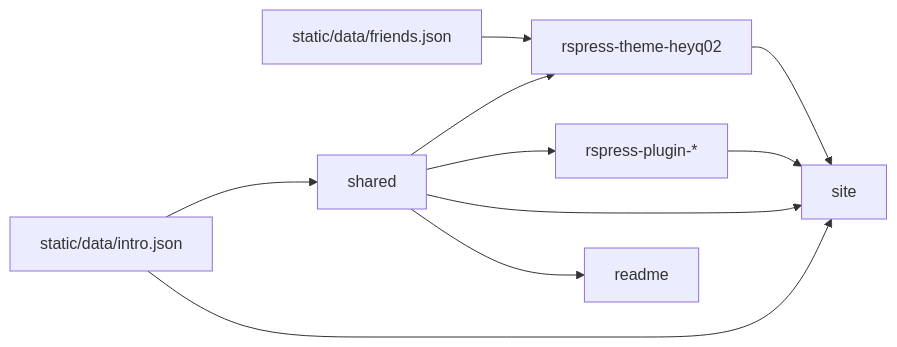
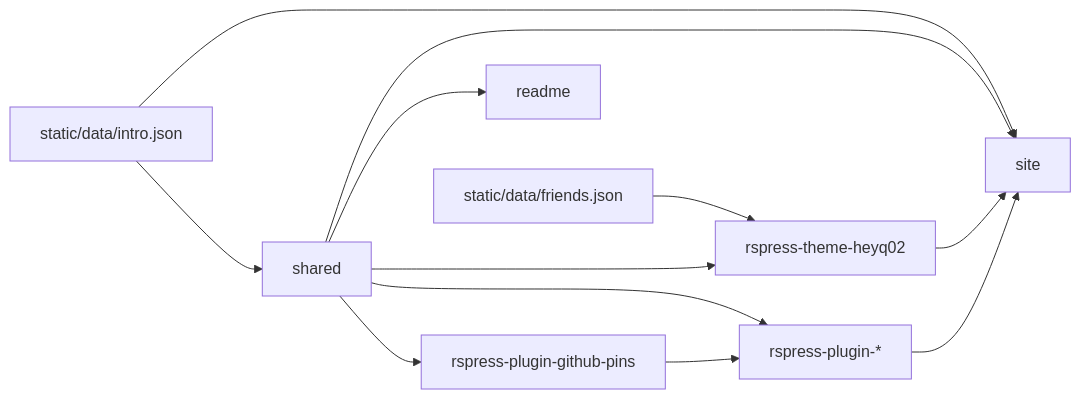
The diagram in architecture.md (heyq02/heyq02), drawn with Mermaid before and after one commit. The commit also changed other lines of this file and 40 other files, not shown here.

````diff
--- a/architecture.md
+++ b/architecture.md
@@ -17,19 +17,22 @@
 ```mermaid
 flowchart LR
   json["static/data/intro.json"]
   friends["static/data/friends.json"]
   shared["shared"]
   theme["rspress-theme-heyq02"]
   plugins["rspress-plugin-*"]
+  pins["rspress-plugin-github-pins"]
   site["site"]
   readme["readme"]
   json --> shared
   json --> site
   friends --> theme
   shared --> theme
   shared --> plugins
+  shared --> pins
   shared --> site
   shared --> readme
+  pins --> plugins
   theme --> site
   plugins --> site
 ```
````
